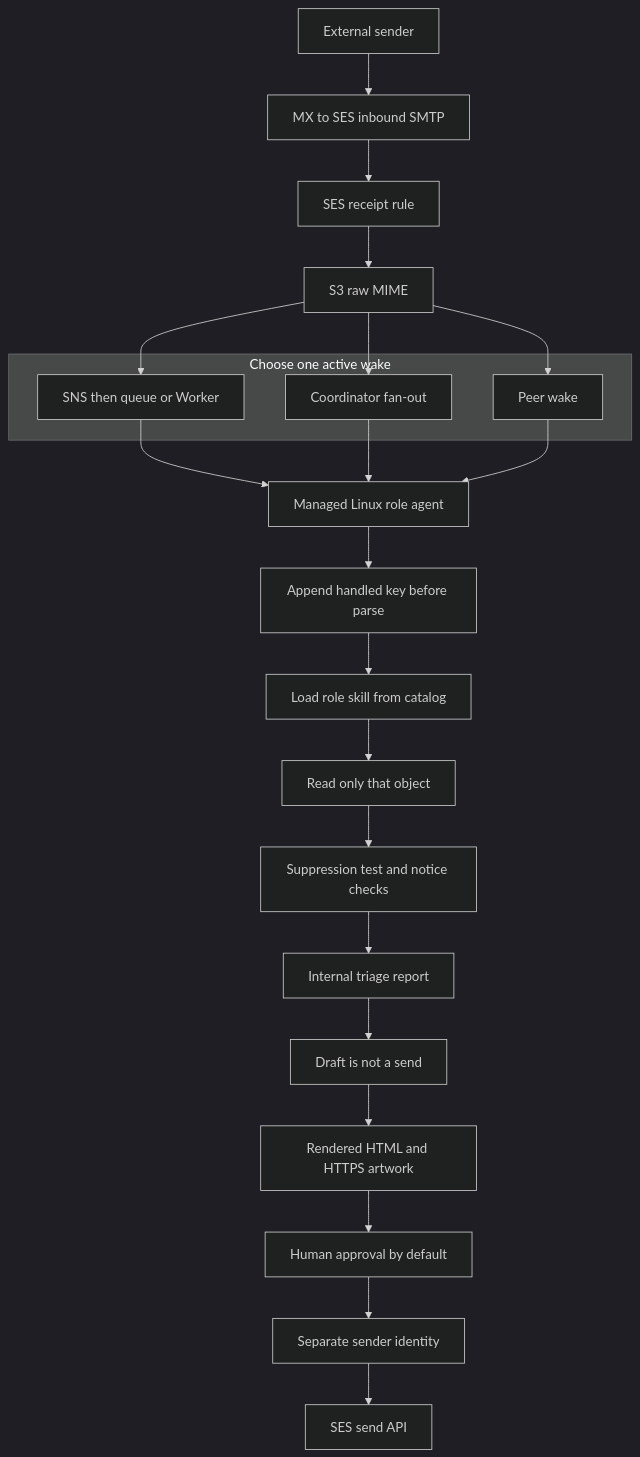
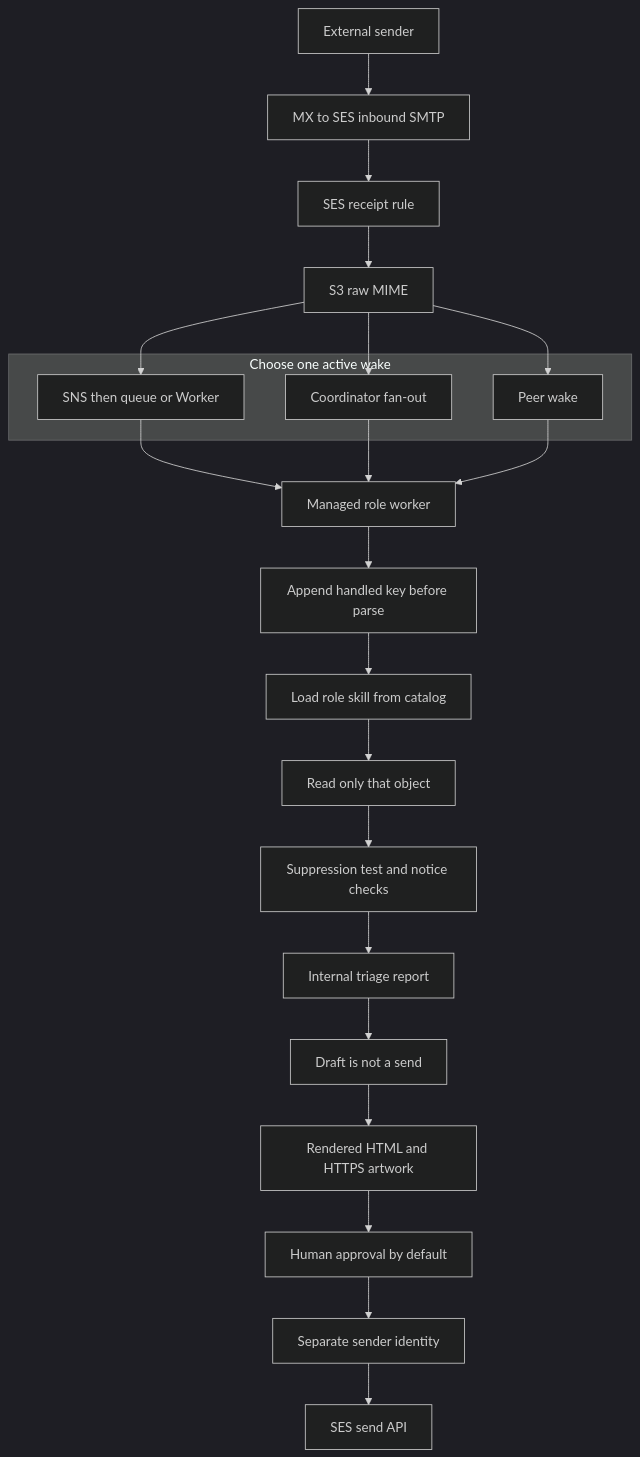
The diagram in README.md (WeaveITMeta/Amail-Automation-Setup), drawn with Mermaid (dark theme) before and after one commit. The commit also changed other lines of this file and 41 other files, not shown here.

````diff
--- a/README.md
+++ b/README.md
@@ -60,30 +66,30 @@
 ```mermaid
 flowchart TD
   sender[External sender]
   mx[MX to SES inbound SMTP]
   ses[SES receipt rule]
   s3[S3 raw MIME]
   sender --> mx --> ses --> s3
   subgraph wakes [Choose one active wake]
     snsPath[SNS then queue or Worker]
     coord[Coordinator fan-out]
     peer[Peer wake]
   end
   s3 --> snsPath
   s3 --> coord
   s3 --> peer
-  agent[Managed Linux role agent]
+  agent[Managed role worker]
   snsPath --> agent
   coord --> agent
   peer --> agent
   agent --> claim[Append handled key before parse]
   claim --> skill[Load role skill from catalog]
   skill --> read[Read only that object]
   read --> pre[Suppression test and notice checks]
   pre --> report[Internal triage report]
   report --> draft[Draft is not a send]
   draft --> render[Rendered HTML and HTTPS artwork]
   render --> human[Human approval by default]
   human --> senderRole[Separate sender identity]
   senderRole --> sesSend[SES send API]
 ```
````
